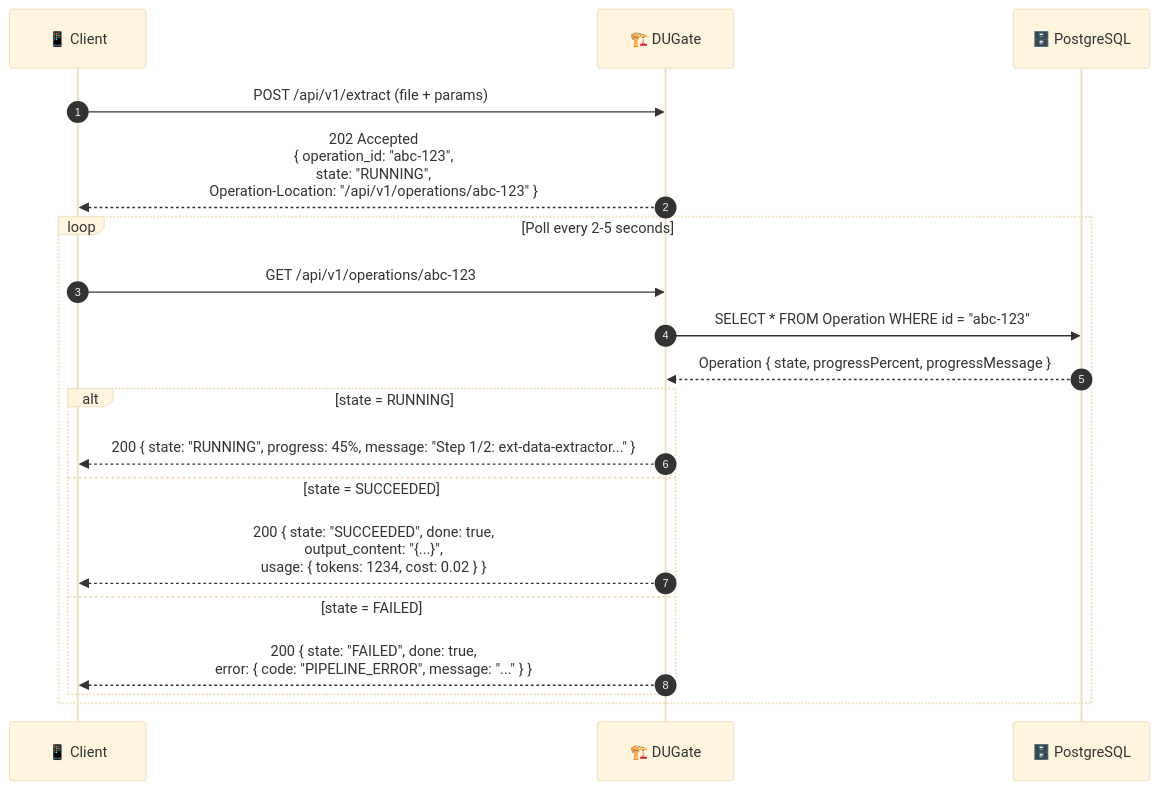
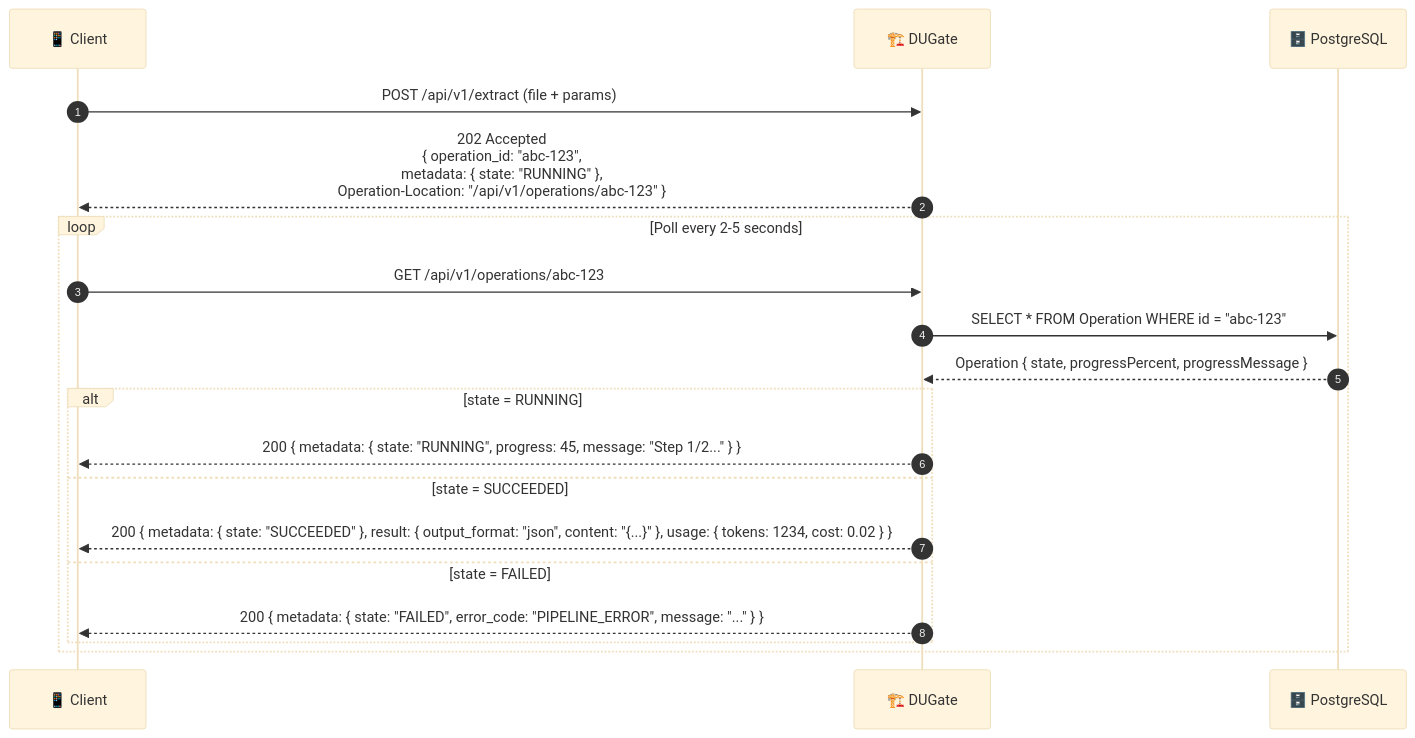
One commit to OrgGem/dugate changed the eighth of 12 diagrams in docs/SOLUTION_ARCHITECTURE.md. Above: the diagram before and after it, drawn with Mermaid (base theme). The commit also changed other lines of this file, not shown here.

Commit message:
docs(architecture): upgrade solution architecture to v2.0

````diff
--- a/docs/SOLUTION_ARCHITECTURE.md
+++ b/docs/SOLUTION_ARCHITECTURE.md
@@ -410,24 +406,24 @@
 ```mermaid
 sequenceDiagram
     autonumber
     participant Client as 📱 Client
     participant GW as 🏗️ DUGate
     participant DB as 🗄️ PostgreSQL
 
     Client->>GW: POST /api/v1/extract (file + params)
-    GW-->>Client: 202 Accepted<br/>{ operation_id: "abc-123",<br/>  state: "RUNNING",<br/>  Operation-Location: "/api/v1/operations/abc-123" }
+    GW-->>Client: 202 Accepted<br/>{ operation_id: "abc-123",<br/>  metadata: { state: "RUNNING" },<br/>  Operation-Location: "/api/v1/operations/abc-123" }
 
     loop Poll every 2-5 seconds
         Client->>GW: GET /api/v1/operations/abc-123
         GW->>DB: SELECT * FROM Operation WHERE id = "abc-123"
         DB-->>GW: Operation { state, progressPercent, progressMessage }
 
         alt state = RUNNING
-            GW-->>Client: 200 { state: "RUNNING", progress: 45%, message: "Step 1/2: ext-data-extractor..." }
+            GW-->>Client: 200 { metadata: { state: "RUNNING", progress: 45, message: "Step 1/2..." } }
         else state = SUCCEEDED
-            GW-->>Client: 200 { state: "SUCCEEDED", done: true,<br/>  output_content: "{...}",<br/>  usage: { tokens: 1234, cost: 0.02 } }
+            GW-->>Client: 200 { metadata: { state: "SUCCEEDED" }, result: { output_format: "json", content: "{...}" }, usage: { tokens: 1234, cost: 0.02 } }
         else state = FAILED
-            GW-->>Client: 200 { state: "FAILED", done: true,<br/>  error: { code: "PIPELINE_ERROR", message: "..." } }
+            GW-->>Client: 200 { metadata: { state: "FAILED", error_code: "PIPELINE_ERROR", message: "..." } }
         end
     end
 ```
````
